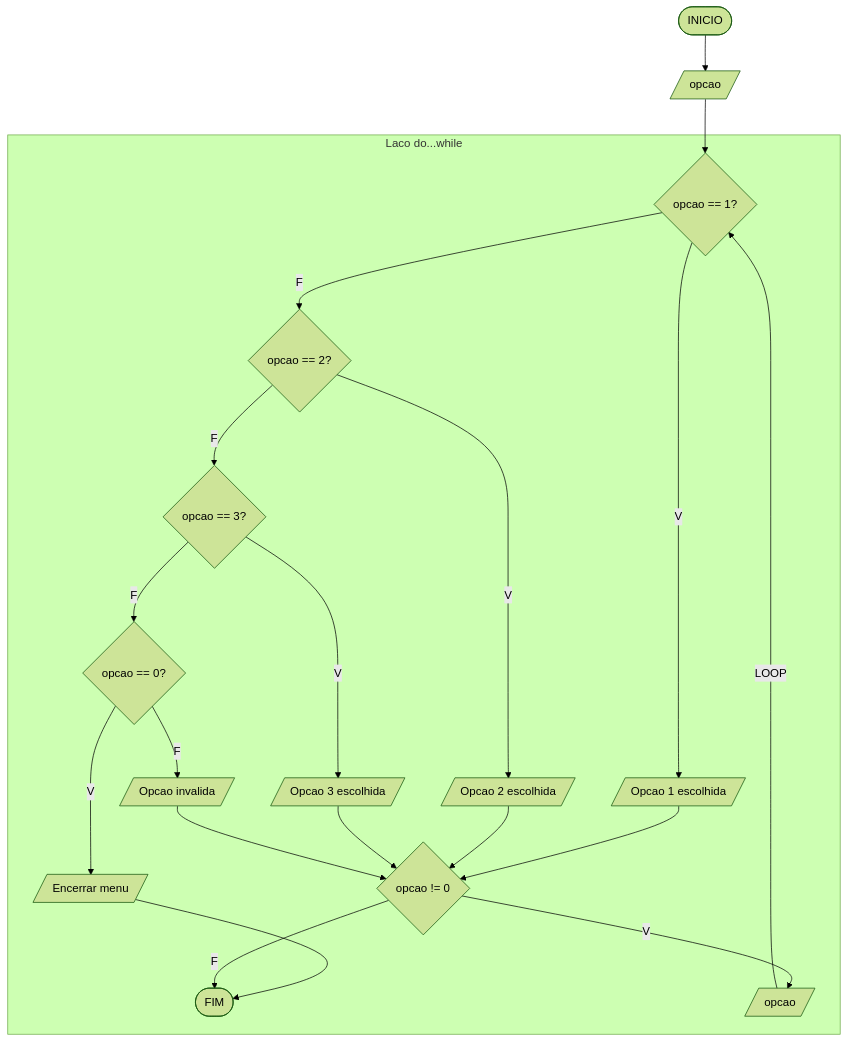
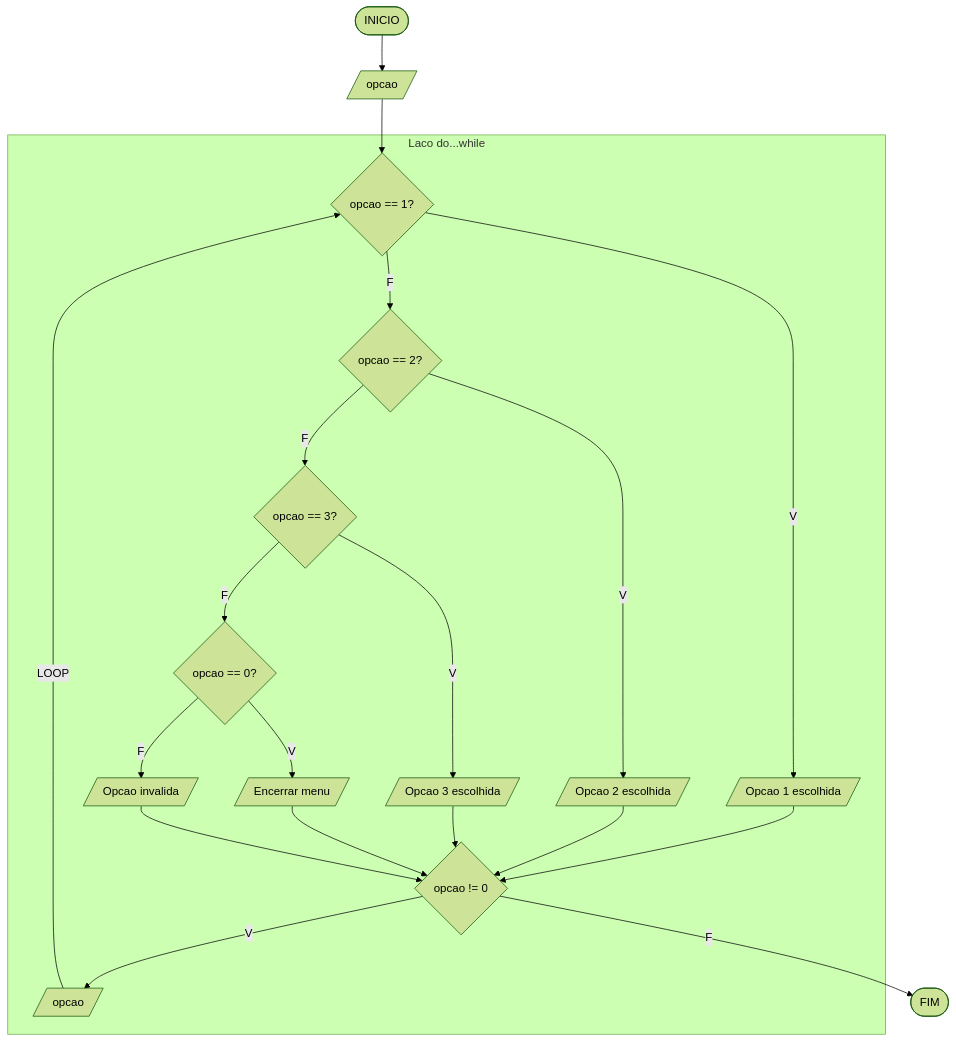
One commit to carubbi/T160_T198 changed the eighth of 12 diagrams in aula7/aula7.md. Above: the diagram before and after it, drawn with Mermaid (forest theme). The commit also changed other lines of this file and 5 other files, not shown here.

````diff
--- a/aula7/aula7.md
+++ b/aula7/aula7.md
@@ -417,23 +438,24 @@
 ```mermaid
 flowchart TD
 A([INICIO]) --> B[/opcao/]
-B --> C{opcao == 1?}
+B --> C
 subgraph SEQ [Laco do...while]
+C{opcao == 1?}
 C -- V --> D[/Opcao 1 escolhida/]
 C -- F --> E{opcao == 2?}
 E -- V --> F[/Opcao 2 escolhida/]
 E -- F --> G{opcao == 3?}
 G -- V --> H[/Opcao 3 escolhida/]
 G -- F --> I{opcao == 0?}
 I -- V --> J[/Encerrar menu/]
 I -- F --> K[/Opcao invalida/]
 D --> L{opcao != 0}
 F --> L
 H --> L
-J --> M([FIM])
+J --> L
 K --> L
 L -- V --> N[/opcao/]
 N -- LOOP --> C
 end
-L -- F --> M
+L -- F --> M([FIM])
 ```
````
